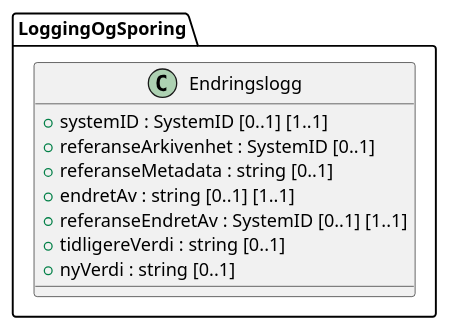
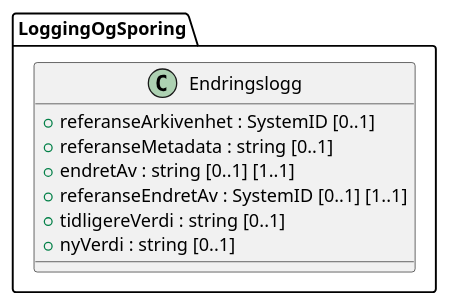
One commit to arkivverket/noark5-tjenestegrensesnitt-standard changed the diagram in kapitler/media/uml-class-endringslogg.iuml. Above: the diagram before and after it, drawn with PlantUML. The commit also changed 4 other files, not shown here.

```diff
--- a/kapitler/media/uml-class-endringslogg.iuml
+++ b/kapitler/media/uml-class-endringslogg.iuml
@@ -1,11 +1,10 @@
 @startuml
 class LoggingOgSporing.Endringslogg {
-  +systemID : SystemID [0..1] [1..1]
   +referanseArkivenhet : SystemID [0..1]
   +referanseMetadata : string [0..1]
   +endretAv : string [0..1] [1..1]
   +referanseEndretAv : SystemID [0..1] [1..1]
   +tidligereVerdi : string [0..1]
   +nyVerdi : string [0..1]
 }
 @enduml
```
